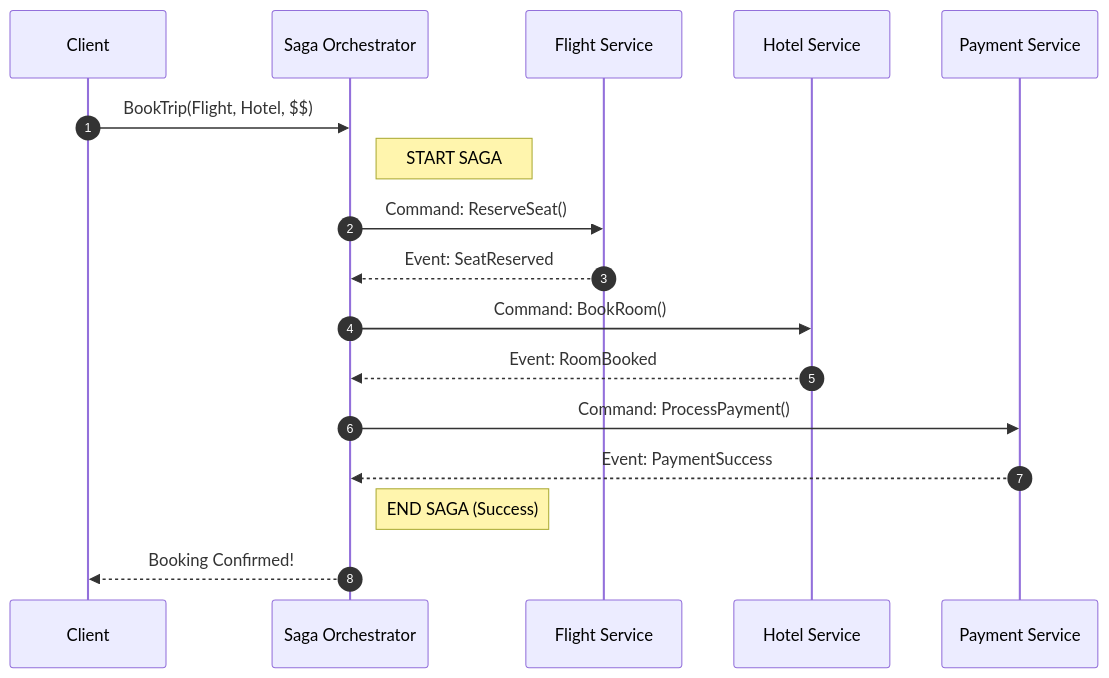
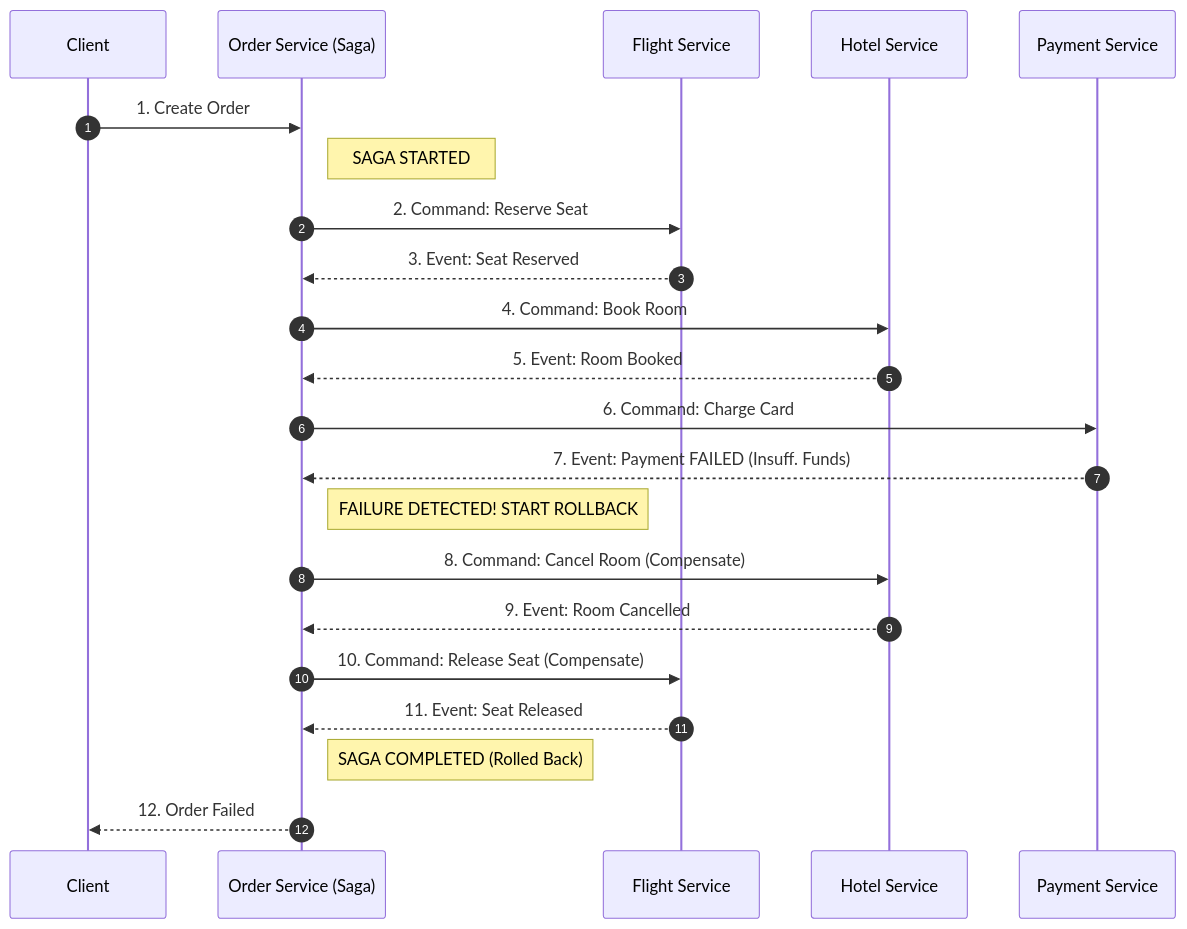
One commit to shubhamshukla-sde/interview-notes changed the diagram in System_Design/How do you manage data consistency in a distributed microservices architecture? Design the system flow and architecture with UML diagrams..md. Above: the diagram before and after it, drawn with Mermaid. The commit also changed other lines of this file, not shown here.

````diff
--- a/System_Design/How do you manage data consistency in a distributed microservices architecture? Design the system flow and architecture with UML diagrams..md
+++ b/System_Design/How do you manage data consistency in a distributed microservices architecture? Design the system flow and architecture with UML diagrams..md
@@ -53,25 +52,32 @@
 ```mermaid
 sequenceDiagram
     autonumber
     participant Client
-    participant Orchestrator as Saga Orchestrator
+    participant Orchestrator as Order Service (Saga)
     participant Flight as Flight Service
     participant Hotel as Hotel Service
     participant Payment as Payment Service
 
-    Client->>Orchestrator: BookTrip(Flight, Hotel, $$)
-    
-    note right of Orchestrator: START SAGA
-    
-    Orchestrator->>Flight: Command: ReserveSeat()
-    Flight-->>Orchestrator: Event: SeatReserved
-    
-    Orchestrator->>Hotel: Command: BookRoom()
-    Hotel-->>Orchestrator: Event: RoomBooked
-    
-    Orchestrator->>Payment: Command: ProcessPayment()
-    Payment-->>Orchestrator: Event: PaymentSuccess
-    
-    note right of Orchestrator: END SAGA (Success)
-    Orchestrator-->>Client: Booking Confirmed!
+    Client->>Orchestrator: 1. Create Order
+    note right of Orchestrator: SAGA STARTED
+
+    Orchestrator->>Flight: 2. Command: Reserve Seat
+    Flight-->>Orchestrator: 3. Event: Seat Reserved
+
+    Orchestrator->>Hotel: 4. Command: Book Room
+    Hotel-->>Orchestrator: 5. Event: Room Booked
+
+    Orchestrator->>Payment: 6. Command: Charge Card
+    Payment-->>Orchestrator: 7. Event: Payment FAILED (Insuff. Funds)
+
+    note right of Orchestrator: FAILURE DETECTED! START ROLLBACK
+
+    Orchestrator->>Hotel: 8. Command: Cancel Room (Compensate)
+    Hotel-->>Orchestrator: 9. Event: Room Cancelled
+
+    Orchestrator->>Flight: 10. Command: Release Seat (Compensate)
+    Flight-->>Orchestrator: 11. Event: Seat Released
+
+    note right of Orchestrator: SAGA COMPLETED (Rolled Back)
+    Orchestrator-->>Client: 12. Order Failed
 ```
````
